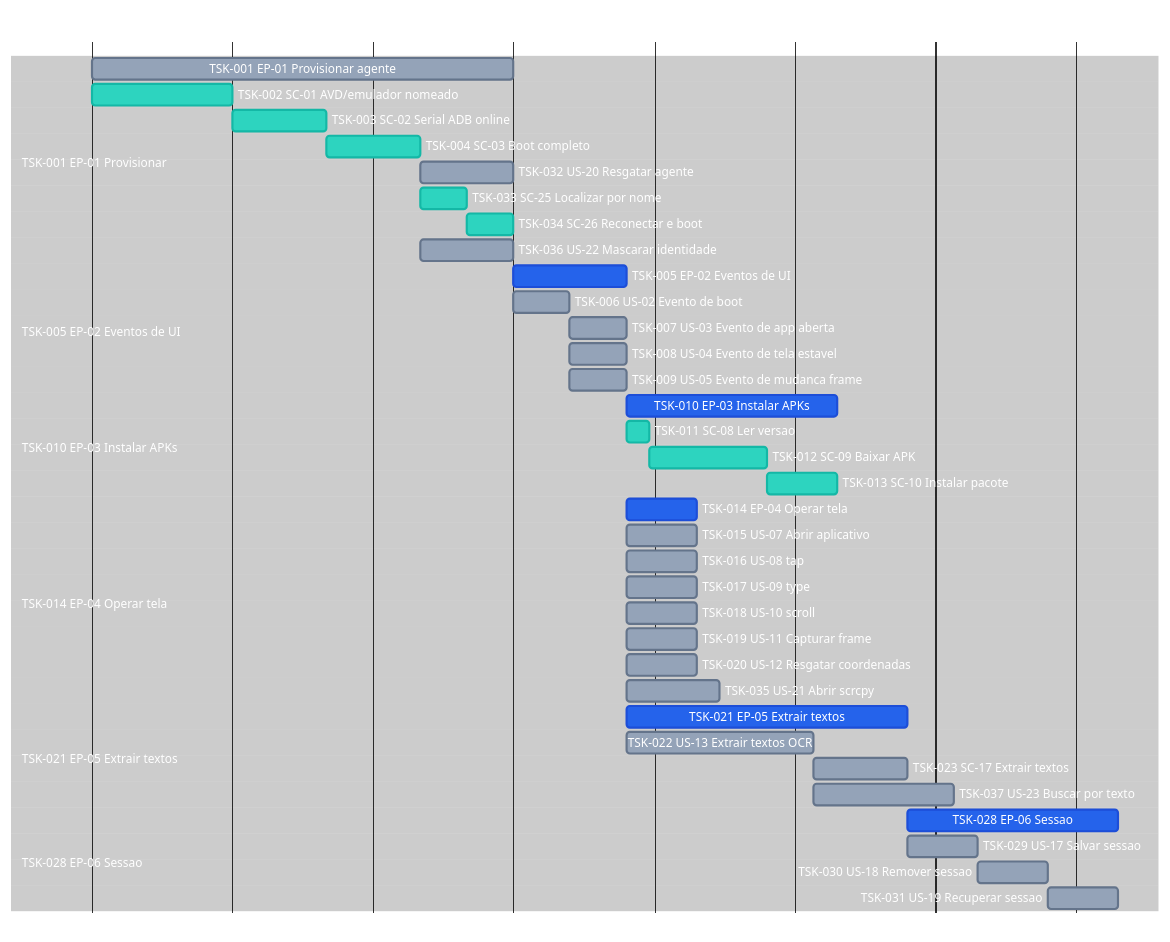
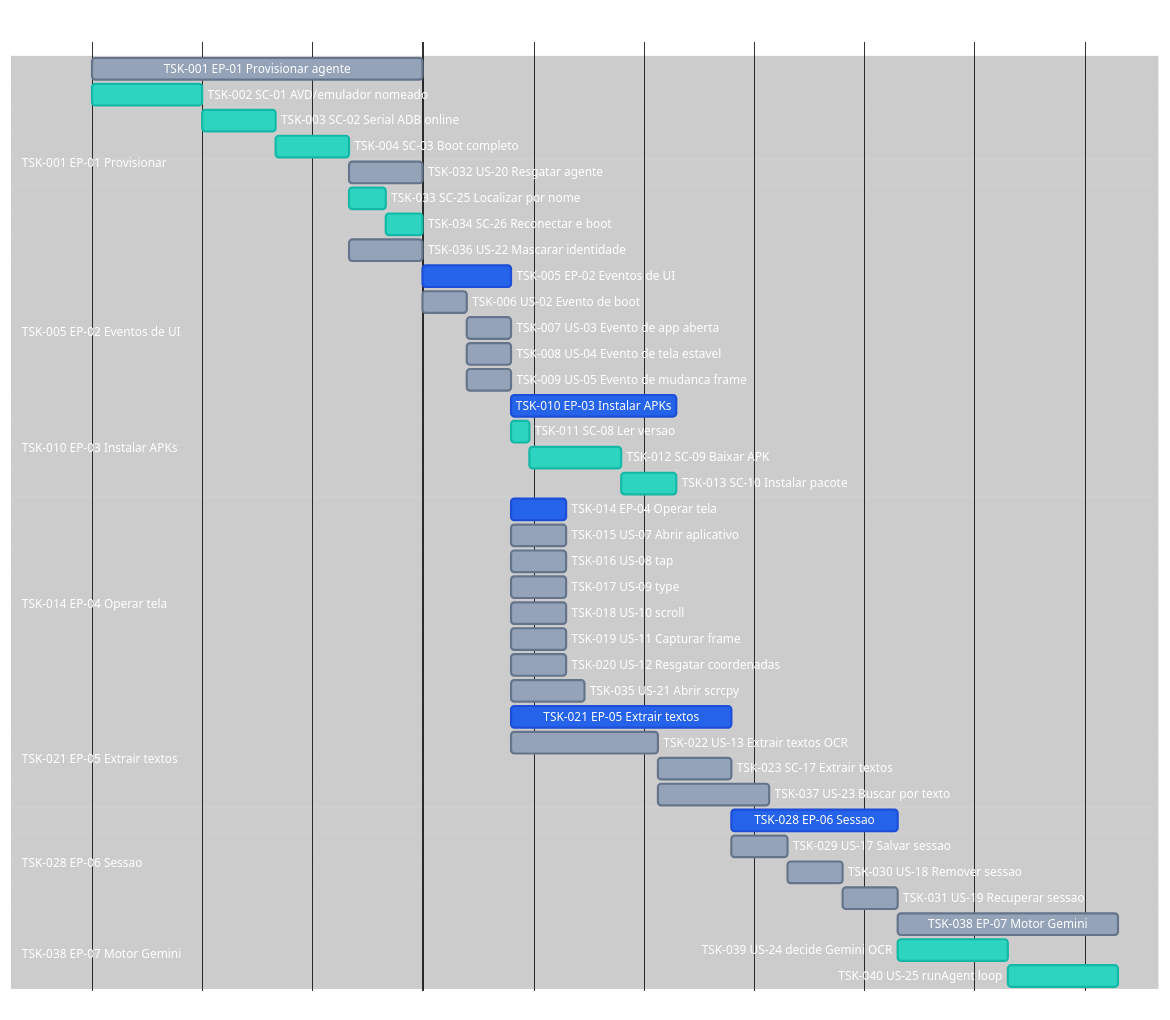
Before and after one commit to laerciogermano/workstation: the diagram in screen-robot/7.tasks.md, drawn with Mermaid. The commit also changed other lines of this file and 25 other files, not shown here.

First line of the commit message:
Adiciona EP-07: motor Gemini OCR → decide → ação no device.

````diff
--- a/screen-robot/7.tasks.md
+++ b/screen-robot/7.tasks.md
@@ -96,4 +96,9 @@
   TSK-029 US-17 Salvar sessao           :tsk29, after tsk21, 15m
   TSK-030 US-18 Remover sessao          :tsk30, after tsk29, 15m
   TSK-031 US-19 Recuperar sessao        :tsk31, after tsk30, 15m
+
+  section TSK-038 EP-07 Motor Gemini
+  TSK-038 EP-07 Motor Gemini            :tsk38, after tsk28, 60m
+  TSK-039 US-24 decide Gemini OCR       :active, tsk39, after tsk28, 30m
+  TSK-040 US-25 runAgent loop           :active, tsk40, after tsk39, 30m
 ```
````
